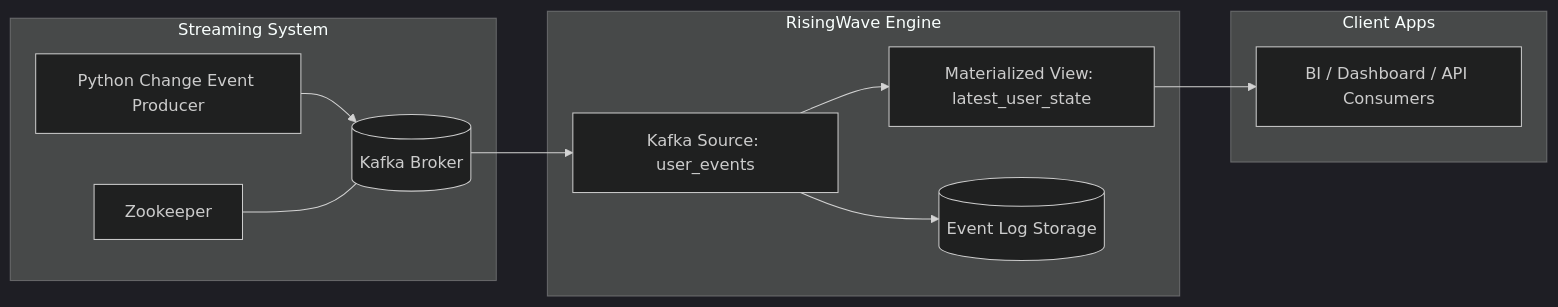
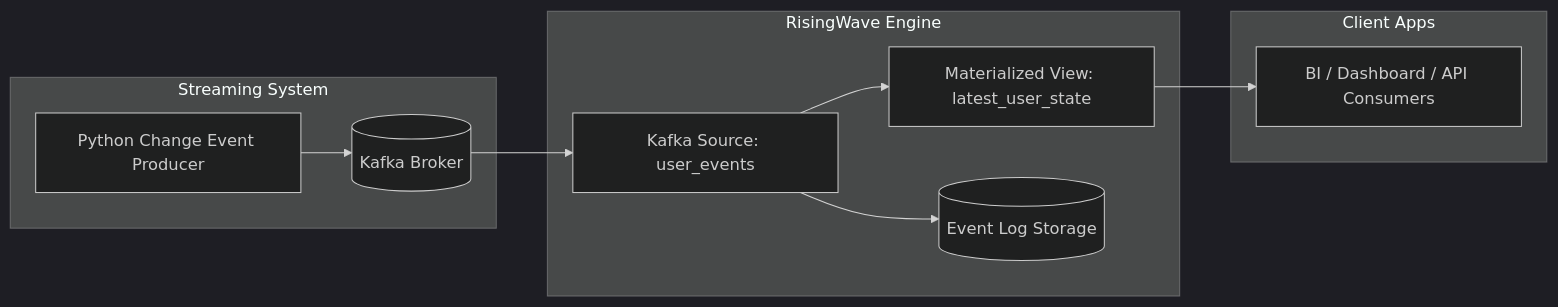
One commit to Nishaanth419/Delta_Writing_Risingwave changed the diagram in README.md. Above: the diagram before and after it, drawn with Mermaid (dark theme).

````diff
--- a/README.md
+++ b/README.md
@@ -19,25 +19,25 @@
 ```mermaid
 flowchart LR
     subgraph Client Apps
         Q1[BI / Dashboard / API Consumers]
     end
 
     subgraph Streaming System
         P[Python Change Event Producer]
         K[(Kafka Broker)]
-        Z[Zookeeper]
+        
     end
 
     subgraph RisingWave Engine
         S[Kafka Source: user_events]
         MV[Materialized View: latest_user_state]
         H[(Event Log Storage)]
     end
 
     P --> K
     K --> S
     S --> MV
     S --> H
     MV --> Q1
-    Z --- K
+    
 ```
````
